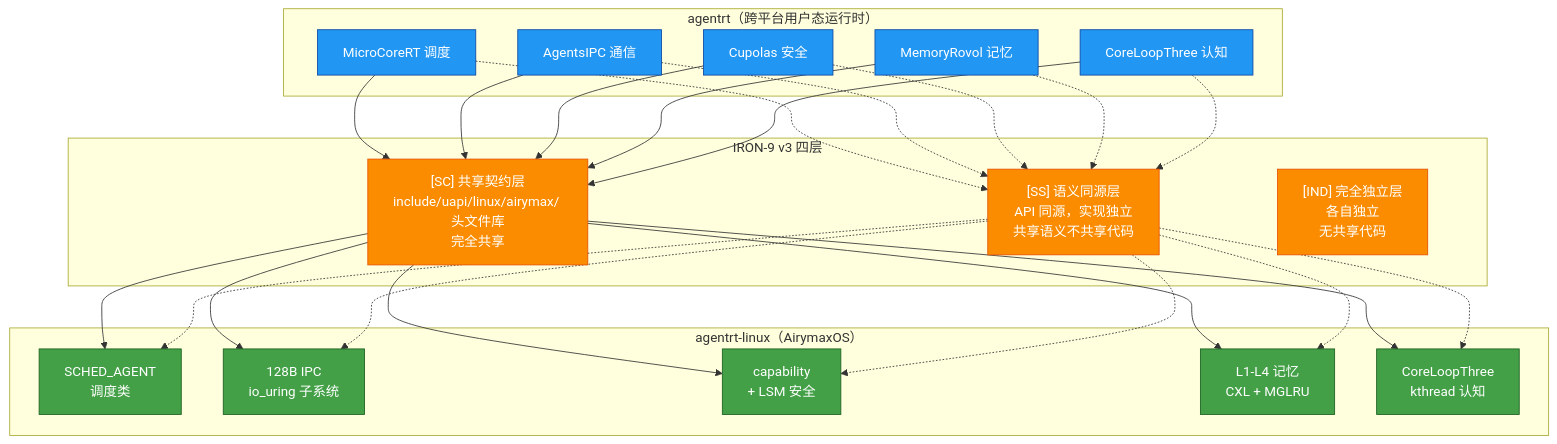
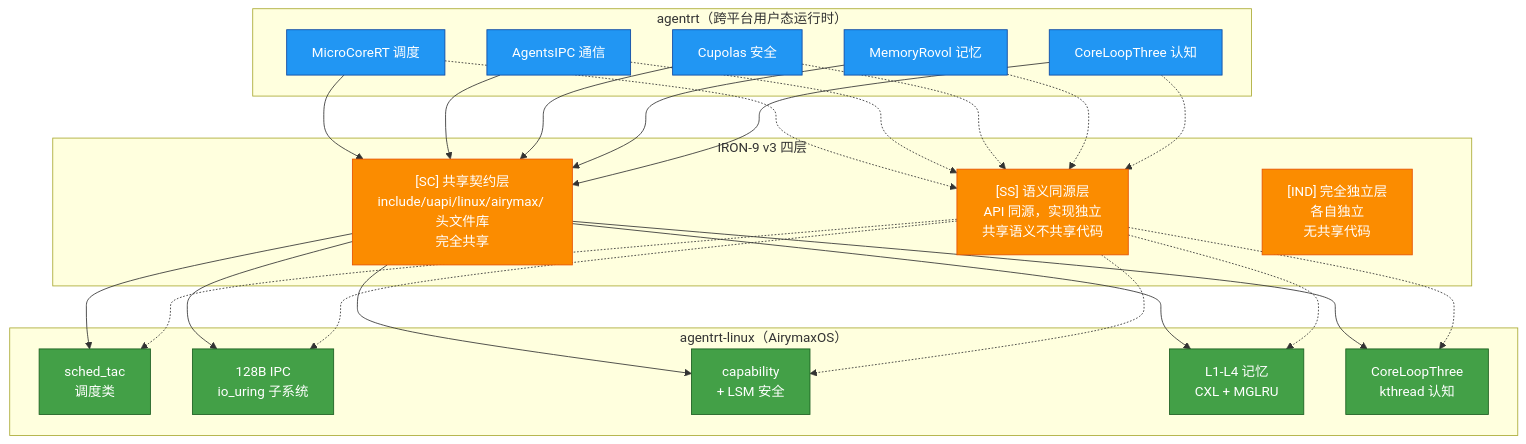
The second of 3 diagrams in AirymaxOS/50-engineering-standards/40-integration/README.md (openairymax/docs), drawn with Mermaid before and after one commit. The commit also changed 55 other files, not shown here.

````diff
--- a/AirymaxOS/50-engineering-standards/40-integration/README.md
+++ b/AirymaxOS/50-engineering-standards/40-integration/README.md
@@ -117,55 +117,55 @@
 ```mermaid
 graph TD
     subgraph "agentrt（跨平台用户态运行时）"
         RT1[MicroCoreRT 调度]
         RT2[AgentsIPC 通信]
         RT3[Cupolas 安全]
         RT4[MemoryRovol 记忆]
         RT5[CoreLoopThree 认知]
     end
 
     subgraph "IRON-9 v3 四层"
         SC["[SC] 共享契约层<br/>include/uapi/linux/airymax/ 头文件库<br/>完全共享"]
         SS["[SS] 语义同源层<br/>API 同源，实现独立<br/>共享语义不共享代码"]
         IND["[IND] 完全独立层<br/>各自独立<br/>无共享代码"]
     end
 
     subgraph "agentrt-linux（AirymaxOS）"
-        OS1["SCHED_AGENT<br/>调度类"]
+        OS1["sched_tac<br/>调度类"]
         OS2["128B IPC<br/>io_uring 子系统"]
         OS3["capability<br/>+ LSM 安全"]
         OS4["L1-L4 记忆<br/>CXL + MGLRU"]
         OS5["CoreLoopThree<br/>kthread 认知"]
     end
 
     RT1 --> SC
     RT2 --> SC
     RT3 --> SC
     RT4 --> SC
     RT5 --> SC
 
     SC --> OS1
     SC --> OS2
     SC --> OS3
     SC --> OS4
     SC --> OS5
 
     RT1 -.-> SS
     SS -.-> OS1
     RT2 -.-> SS
     SS -.-> OS2
     RT3 -.-> SS
     SS -.-> OS3
     RT4 -.-> SS
     SS -.-> OS4
     RT5 -.-> SS
     SS -.-> OS5
 
     classDef rt fill:#2196f3,stroke:#0d47a1,color:#ffffff
     classDef iron fill:#fb8c00,stroke:#e65100,color:#ffffff
     classDef os fill:#43a047,stroke:#1b5e20,color:#ffffff
 
     class RT1,RT2,RT3,RT4,RT5 rt
     class SC,SS,IND iron
     class OS1,OS2,OS3,OS4,OS5 os
 ```
````
